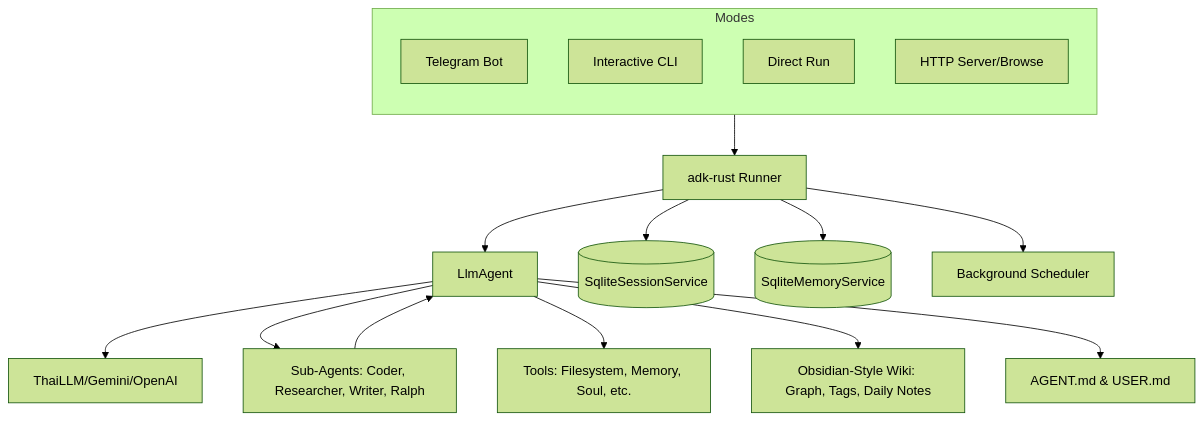
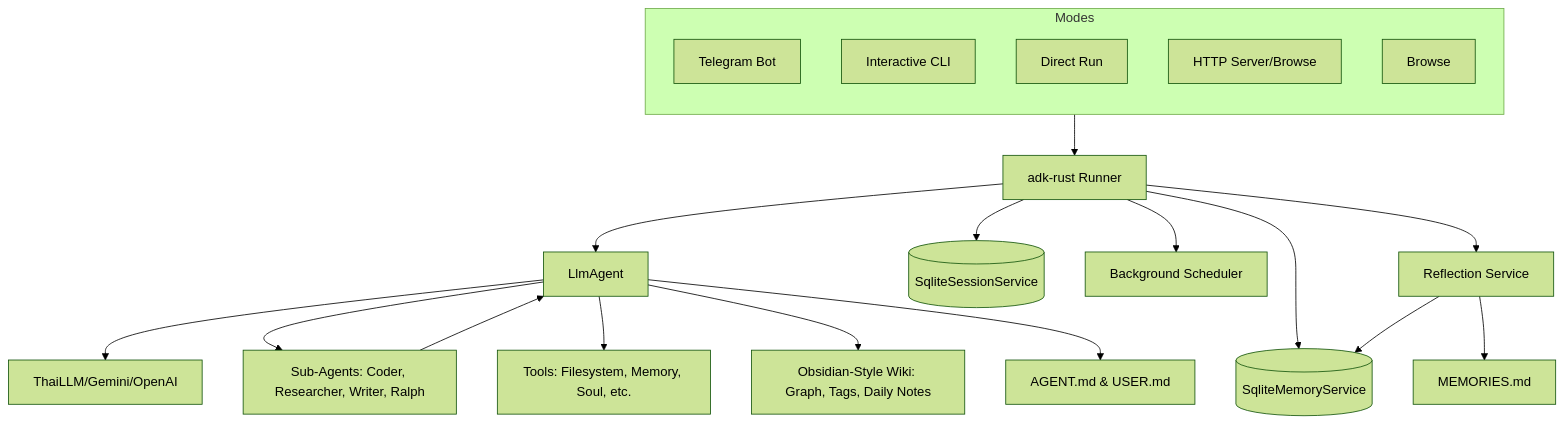
The diagram in README.md (anoochit/nami-core), drawn with Mermaid (forest theme) before and after one commit. The commit also changed other lines of this file and 13 other files, not shown here.

Commit message:
docs: add Agent Reflection Service to README architecture

````diff
--- a/README.md
+++ b/README.md
@@ -155,25 +164,30 @@
 ```mermaid
 graph TD
     subgraph EntryPoints [Modes]
         direction TB
         Bot[Telegram Bot]
         CLI[Interactive CLI]
         Run[Direct Run]
         Server[HTTP Server/Browse]
+        Browse[Browse]
     end
 
     EntryPoints --> Runner[adk-rust Runner]
     
     Runner --> Agent[LlmAgent]
     Runner --> DB[(SqliteSessionService)]
     Runner --> Memory[(SqliteMemoryService)]
     Runner --> Scheduler[Background Scheduler]
+    Runner --> Reflection[Reflection Service]
     
     Agent --> LLM[ThaiLLM/Gemini/OpenAI]
     Agent --> SubAgents[Sub-Agents: Coder, Researcher, Writer, Ralph]
     Agent --> Tools[Tools: Filesystem, Memory, Soul, etc.]
     Agent --> Wiki[Obsidian-Style Wiki: Graph, Tags, Daily Notes]
     Agent --> Persona[AGENT.md & USER.md]
+
+     Reflection --> Memory
+    Reflection --> UserMemory["MEMORIES.md"]
     
     SubAgents --> Agent
 ```
````
